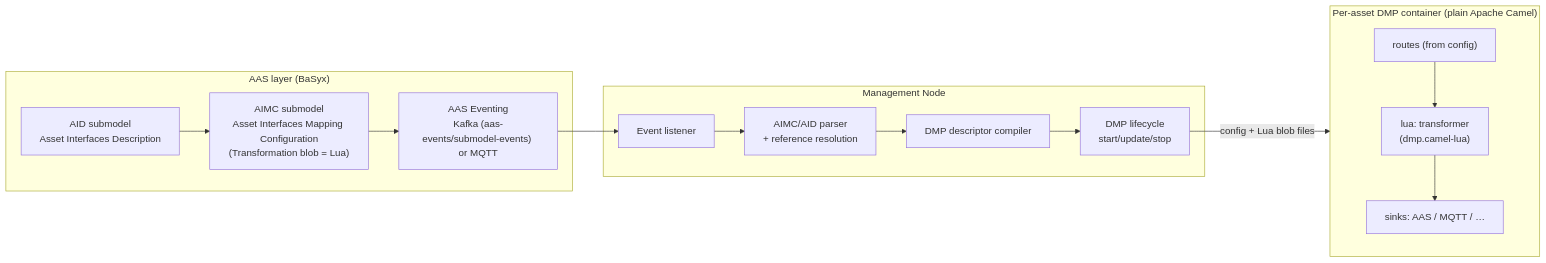
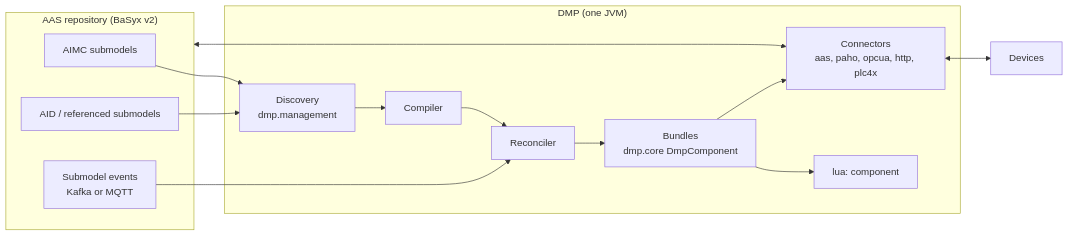
The diagram in SPEC.md (MartinJensen37/aas-camel-dmp), drawn with Mermaid before and after one commit. The commit also changed other lines of this file and 1 other file, not shown here.

First line of the commit message:
docs: rewrite SPEC and PLAN for the single Java DMP

````diff
--- a/SPEC.md
+++ b/SPEC.md
@@ -116,30 +41,24 @@
 ```mermaid
 flowchart LR
-    subgraph aas ["AAS layer (BaSyx)"]
-        SM["AID submodel<br/>Asset Interfaces Description"]
-        AM["AIMC submodel<br/>Asset Interfaces Mapping Configuration<br/>(Transformation blob = Lua)"]
-        EV["AAS Eventing<br/>Kafka (aas-events/submodel-events) or MQTT"]
+    subgraph repo ["AAS repository (BaSyx v2)"]
+        AIMC["AIMC submodels"]
+        AID["AID / referenced submodels"]
+        EV["Submodel events<br/>Kafka or MQTT"]
     end
-
-    subgraph mgmt ["Management Node"]
-        L["Event listener"]
-        P["AIMC/AID parser<br/>+ reference resolution"]
-        D["DMP descriptor compiler"]
-        O["DMP lifecycle<br/>start/update/stop"]
+    subgraph dmp ["DMP (one JVM)"]
+        D["Discovery<br/>dmp.management"]
+        C["Compiler"]
+        R["Reconciler"]
+        B["Bundles<br/>dmp.core DmpComponent"]
+        L["lua: component"]
+        X["Connectors<br/>aas, paho, opcua, http, plc4x"]
     end
-
-    subgraph dmp ["Per-asset DMP container (plain Apache Camel)"]
-        R["routes (from config)"]
-        T["lua: transformer<br/>(dmp.camel-lua)"]
-        S["sinks: AAS / MQTT / …"]
-    end
-
-    SM --> AM
-    AM --> EV
-    EV --> L
-    L --> P
-    P --> D
-    D --> O
-    O -->|"config + Lua blob files"| dmp
-    R --> T --> S
+    DEV["Devices"]
+    AIMC --> D
+    AID --> D
+    D --> C --> R --> B
+    EV --> R
+    B --> L
+    B --> X <--> DEV
+    X <--> repo
 ```
````
